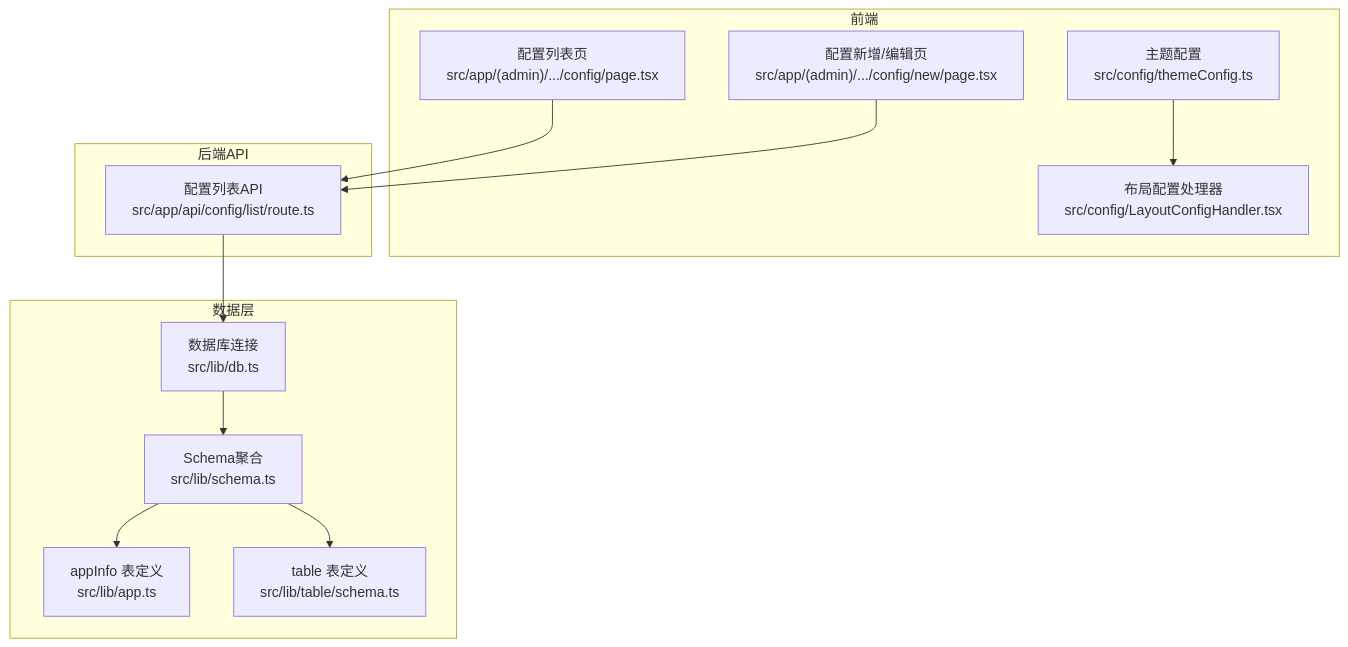
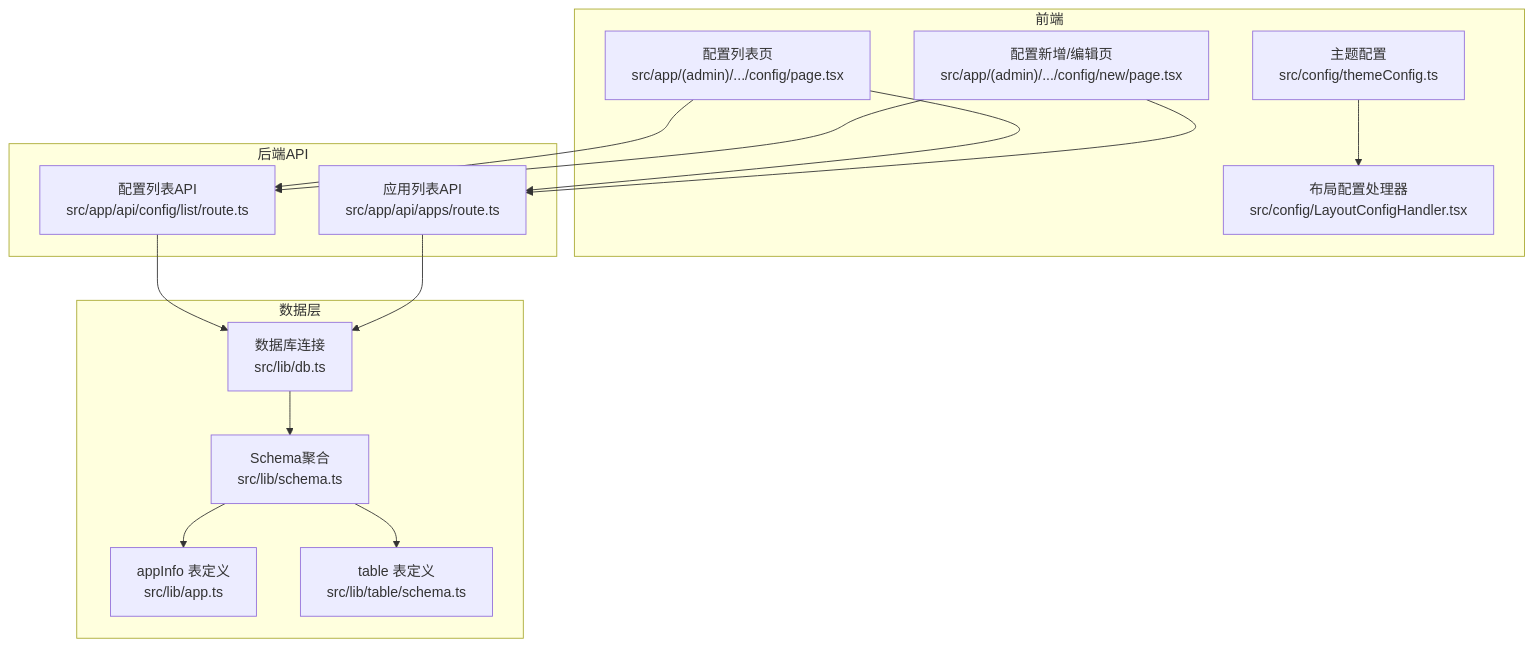
One commit to HAOFUYANG/nextjs-admin changed the first of 7 diagrams in .qoder/repowiki/zh/content/数据库集成/数据模型设计/应用信息模型.md. Above: the diagram before and after it, drawn with Mermaid. The commit also changed other lines of this file and 15 other files, not shown here.

````diff
--- a/.qoder/repowiki/zh/content/数据库集成/数据模型设计/应用信息模型.md
+++ b/.qoder/repowiki/zh/content/数据库集成/数据模型设计/应用信息模型.md
@@ -48,25 +56,29 @@
 ```mermaid
 graph TB
 subgraph "前端"
 UI_Config_List["配置列表页<br/>src/app/(admin)/.../config/page.tsx"]
 UI_Config_New["配置新增/编辑页<br/>src/app/(admin)/.../config/new/page.tsx"]
 ThemeCfg["主题配置<br/>src/config/themeConfig.ts"]
 LayoutCfg["布局配置处理器<br/>src/config/LayoutConfigHandler.tsx"]
 end
 subgraph "后端API"
 API_List["配置列表API<br/>src/app/api/config/list/route.ts"]
+API_Apps["应用列表API<br/>src/app/api/apps/route.ts"]
 end
 subgraph "数据层"
 DB["数据库连接<br/>src/lib/db.ts"]
 Schema["Schema聚合<br/>src/lib/schema.ts"]
 AppInfo["appInfo 表定义<br/>src/lib/app.ts"]
 TableSchema["table 表定义<br/>src/lib/table/schema.ts"]
 end
 UI_Config_List --> API_List
+UI_Config_List --> API_Apps
 UI_Config_New --> API_List
+UI_Config_New --> API_Apps
 API_List --> DB
+API_Apps --> DB
 DB --> Schema
 Schema --> AppInfo
 Schema --> TableSchema
 ThemeCfg --> LayoutCfg
 ```
````
